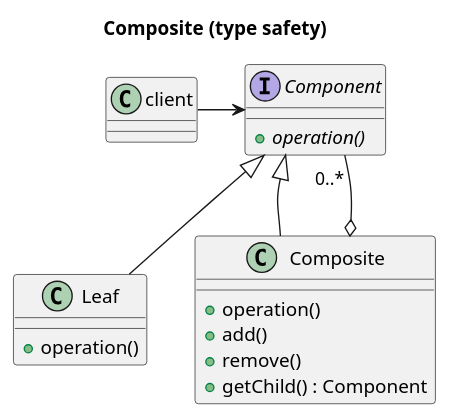
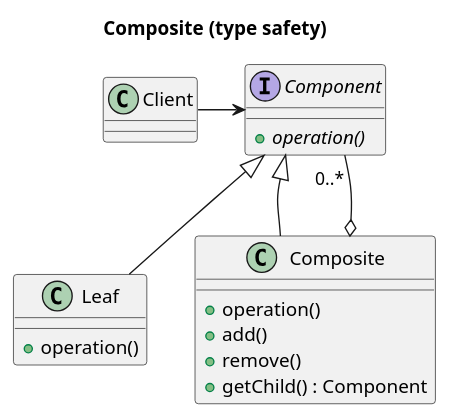
The diagram in designPatterns/Composite/assets/CompositeTypeSafety_diagram.puml (hugorbarbosa/cpp-design-patterns), drawn with PlantUML before and after one commit. The commit also changed 19 other files, not shown here.

```diff
--- a/designPatterns/Composite/assets/CompositeTypeSafety_diagram.puml
+++ b/designPatterns/Composite/assets/CompositeTypeSafety_diagram.puml
@@ -1,31 +1,31 @@
 @startuml CompositeTypeSafety_diagram
 
 title "Composite (type safety)"
 
-class client {
+class Client {
 }
 
 interface Component {
     + {abstract} operation()
 }
 
-client -> Component
+Client -> Component
 
 class Leaf {
     + operation()
 }
 
 Component <|-- Leaf
 
 class Composite {
     + operation()
     + add()
     + remove()
     + getChild() : Component
 }
 
 Component <|-- Composite
 Component <-[hidden]- Composite
 Component "0..* " --o Composite
 
 @enduml
```
